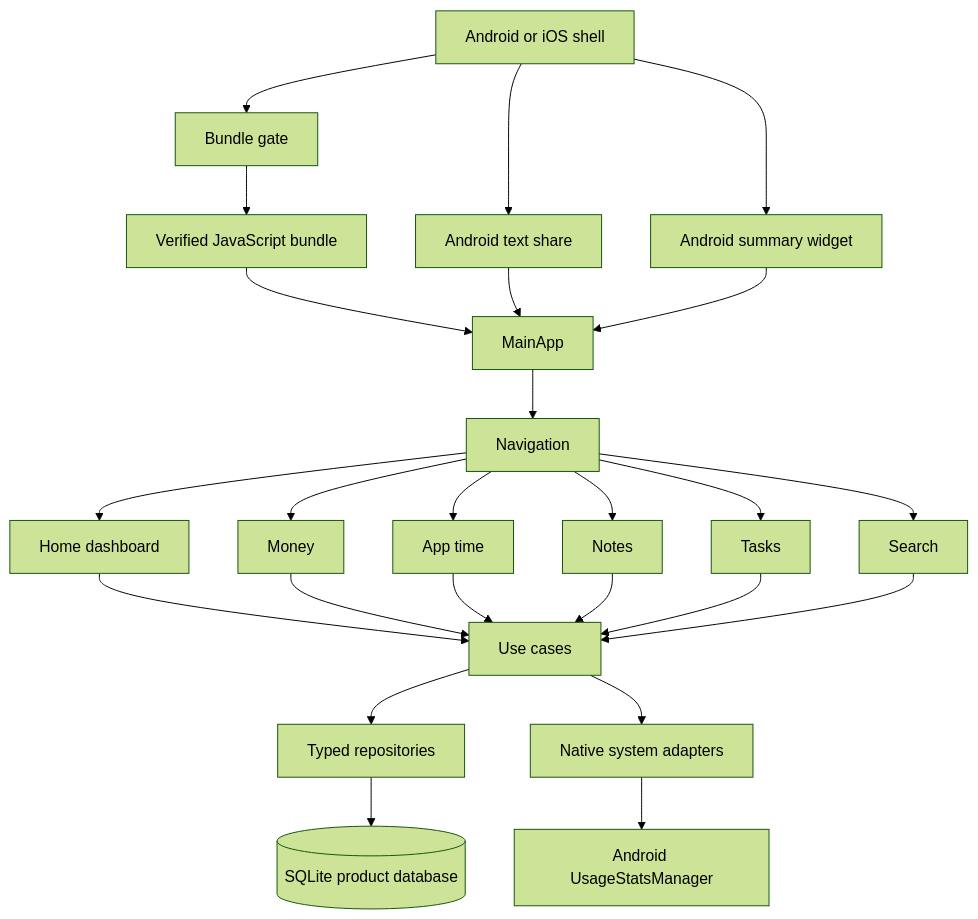
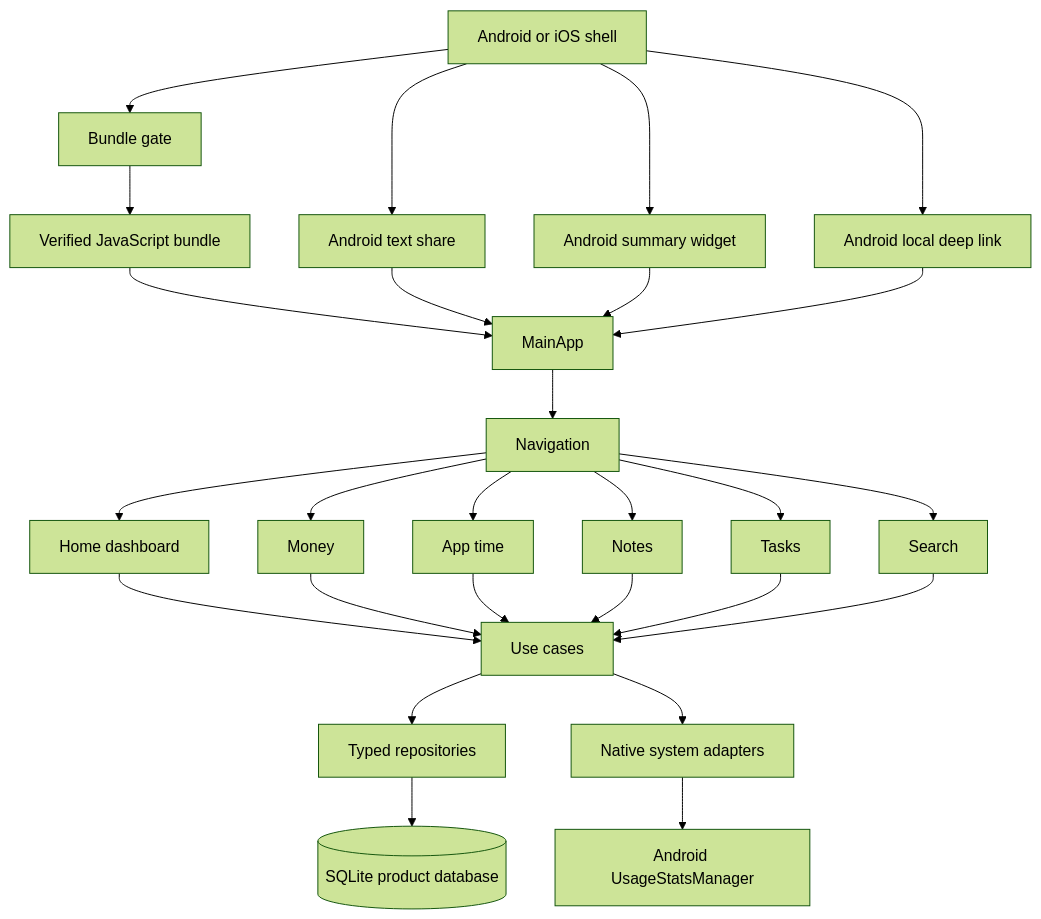
The first of 2 diagrams in docs/architecture.md (Tsukugi/Yuzuha), drawn with Mermaid (forest theme) before and after one commit. The commit also changed other lines of this file and 22 other files, not shown here.

Commit message:
Add Android local deep links

````diff
--- a/docs/architecture.md
+++ b/docs/architecture.md
@@ -19,27 +21,29 @@
 ```mermaid
 flowchart TD
     OS[Android or iOS shell] --> G[Bundle gate]
     OS --> SHARE[Android text share]
     OS --> WIDGET[Android summary widget]
+    OS --> LINK[Android local deep link]
     G --> B[Verified JavaScript bundle]
     B --> APP[MainApp]
     SHARE --> APP
     WIDGET --> APP
+    LINK --> APP
     APP --> NAV[Navigation]
     NAV --> HOME[Home dashboard]
     NAV --> MONEY[Money]
     NAV --> TIME[App time]
     NAV --> NOTES[Notes]
     NAV --> TASKS[Tasks]
     NAV --> SEARCH[Search]
     HOME --> USE[Use cases]
     MONEY --> USE
     TIME --> USE
     NOTES --> USE
     TASKS --> USE
     SEARCH --> USE
     USE --> REPO[Typed repositories]
     REPO --> DB[(SQLite product database)]
     USE --> SYS[Native system adapters]
     SYS --> USAGE[Android UsageStatsManager]
 ```
````
